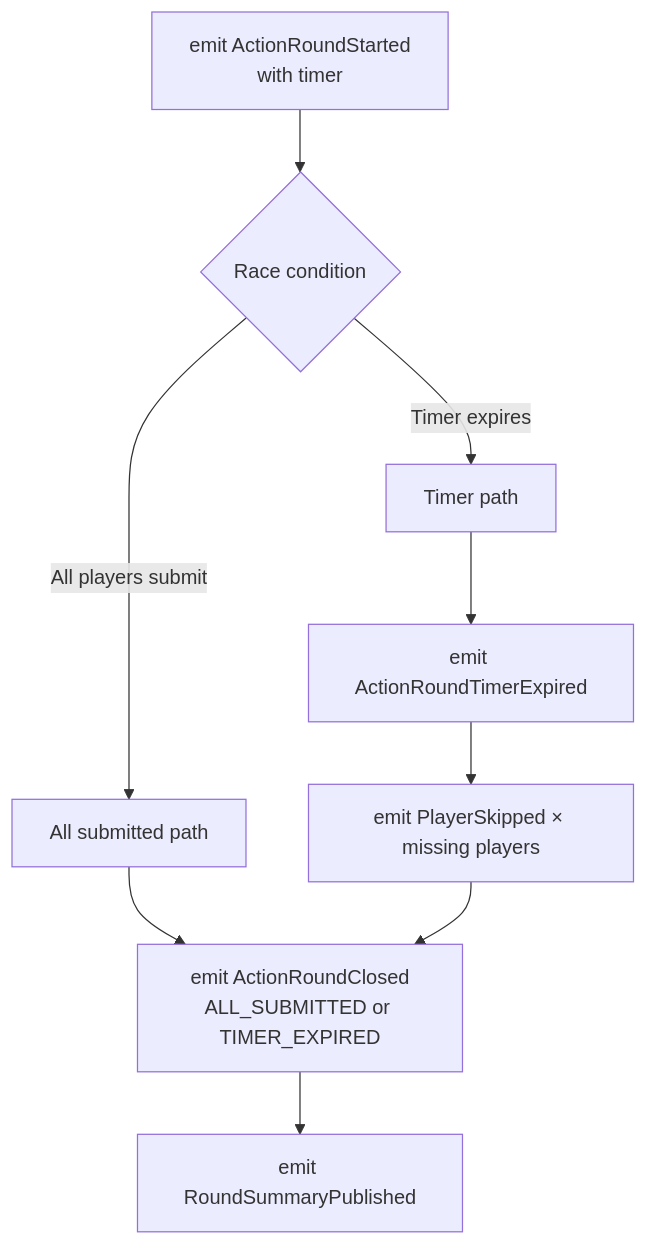
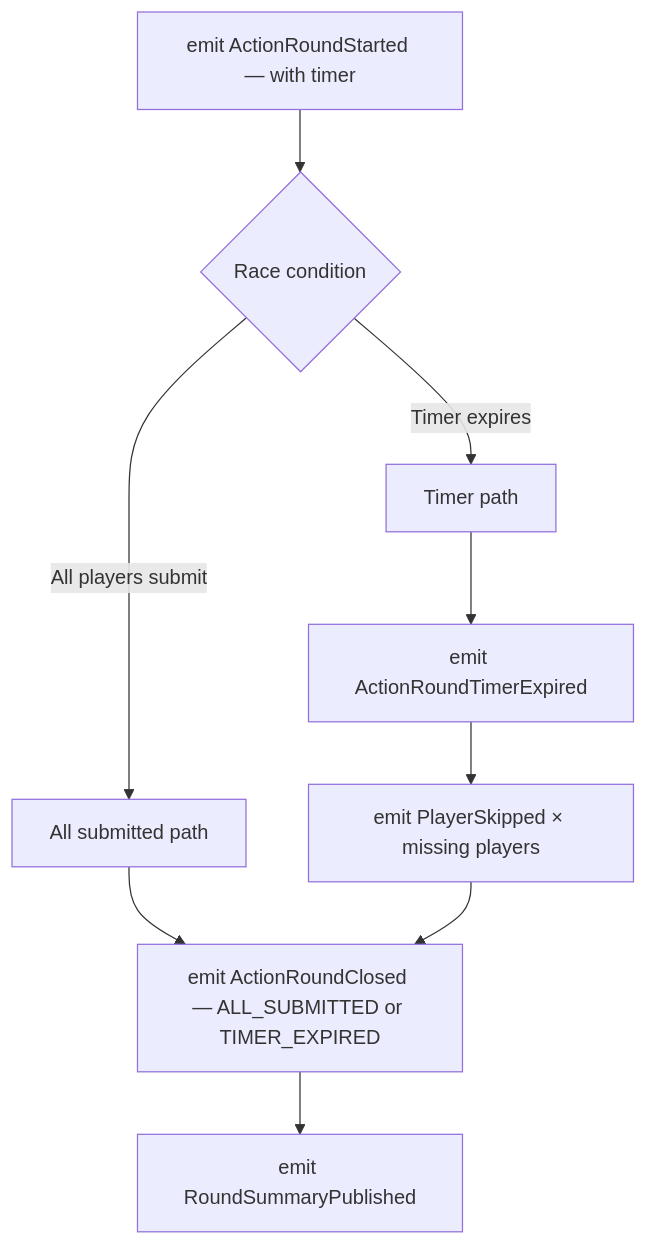
The diagram in sagas/action-round.mdx (temporal-rift/docs), drawn with Mermaid before and after one commit. The commit also changed 9 other files, not shown here.

First line of the commit message:
fix: replace literal \n in Mermaid node labels with em-dash separator

````diff
--- a/sagas/action-round.mdx
+++ b/sagas/action-round.mdx
@@ -12,11 +12,11 @@
 ```mermaid
 flowchart TD
-  A[emit ActionRoundStarted\nwith timer] --> B{Race condition}
+  A[emit ActionRoundStarted — with timer] --> B{Race condition}
   B -->|All players submit| C[All submitted path]
   B -->|Timer expires| D[Timer path]
   D --> E[emit ActionRoundTimerExpired]
   E --> F[emit PlayerSkipped × missing players]
-  C --> G[emit ActionRoundClosed\nALL_SUBMITTED or TIMER_EXPIRED]
+  C --> G[emit ActionRoundClosed — ALL_SUBMITTED or TIMER_EXPIRED]
   F --> G
   G --> H[emit RoundSummaryPublished]
 ```
````
